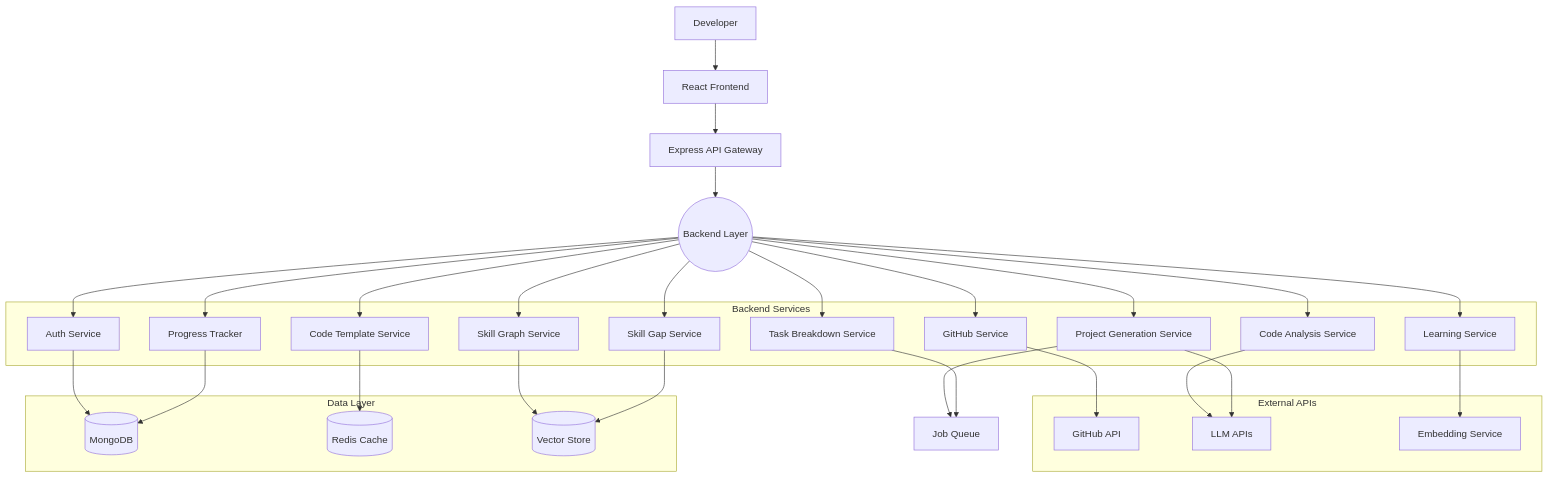
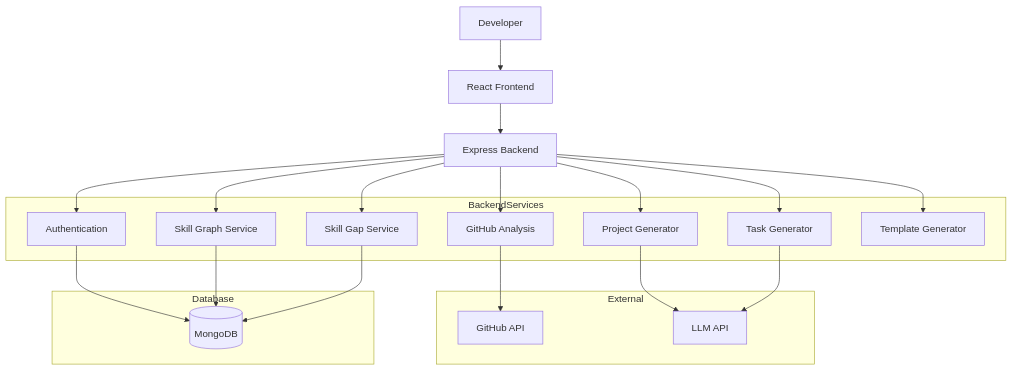
Before and after one commit to SaloniG02/ai-skill-gap-project-generator: the diagram in design.md, drawn with Mermaid. The commit also changed other lines of this file, not shown here.

````diff
--- a/design.md
+++ b/design.md
@@ -11,64 +38,43 @@
 ```mermaid
 graph TB
     User[Developer]
     Frontend[React Frontend]
-    API[Express API Gateway]
+    API[Express Backend]
 
-    BackendHub((Backend Layer))
-
-    subgraph "Backend Services"
-        Auth[Auth Service]
-        GitHubSvc[GitHub Service]
-        Analysis[Code Analysis Service]
+    subgraph BackendServices
+        Auth[Authentication]
+        GitHubSvc[GitHub Analysis]
         Skills[Skill Graph Service]
         Gaps[Skill Gap Service]
-        Projects[Project Generation Service]
-        Tasks[Task Breakdown Service]
-        Templates[Code Template Service]
-        Progress[Progress Tracker]
-        Learning[Learning Service]
+        Projects[Project Generator]
+        Tasks[Task Generator]
+        Templates[Template Generator]
     end
 
-    subgraph "External APIs"
+    subgraph External
         GitHubAPI[GitHub API]
-        LLM[LLM APIs]
-        Embeddings[Embedding Service]
+        LLM[LLM API]
     end
 
-    subgraph "Data Layer"
+    subgraph Database
         MongoDB[(MongoDB)]
-        Redis[(Redis Cache)]
-        VectorDB[(Vector Store)]
     end
 
-    Queue[Job Queue]
- 
     User --> Frontend
     Frontend --> API
-    API --> BackendHub
-
-    BackendHub --> Auth
-    BackendHub --> GitHubSvc
-    BackendHub --> Analysis
-    BackendHub --> Skills
-    BackendHub --> Gaps
-    BackendHub --> Projects
-    BackendHub --> Tasks
-    BackendHub --> Templates
-    BackendHub --> Progress
-    BackendHub --> Learning
+    API --> Auth
+    API --> GitHubSvc
+    API --> Skills
+    API --> Gaps
+    API --> Projects
+    API --> Tasks
+    API --> Templates
 
     GitHubSvc --> GitHubAPI
-    Analysis --> LLM
     Projects --> LLM
-    Learning --> Embeddings
-    Skills --> VectorDB
-    Gaps --> VectorDB
+    Tasks --> LLM
 
     Auth --> MongoDB
-    Progress --> MongoDB
-    Templates --> Redis
-
-    Projects --> Queue
-    Tasks --> Queue
+    Skills --> MongoDB
+    Gaps --> MongoDB
 ```
````
